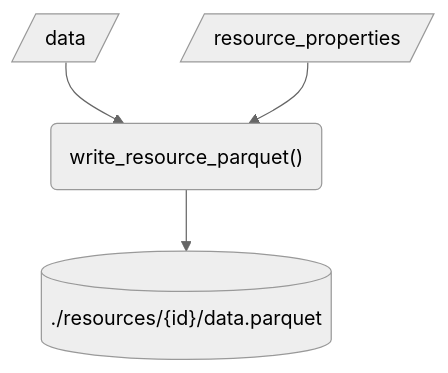
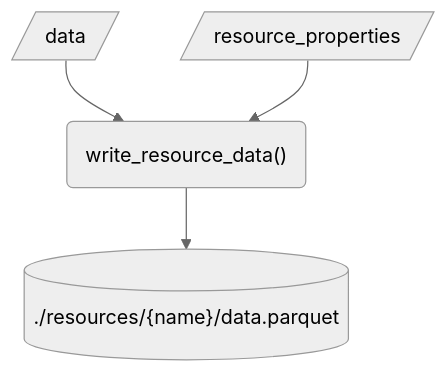
One commit to signekb/seedcase-sprout changed the eighth of 16 diagrams in docs/design/interface/functions.qmd. Above: the diagram before and after it, drawn with Mermaid (neutral theme). The commit also changed other lines of this file and 1 other file, not shown here.

First line of the commit message:
docs: :building_construction: update resource interface design from flow (#1166)

````diff
--- a/docs/design/interface/functions.qmd
+++ b/docs/design/interface/functions.qmd
@@ -170,10 +176,10 @@
 ```{mermaid}
 flowchart
     in_data[/data/]
     in_properties[/resource_properties/]
-    function("write_resource_parquet()")
-    out[("./resources/{id}/data.parquet")]
+    function("write_resource_data()")
+    out[("./resources/{name}/data.parquet")]
     in_data --> function
     in_properties --> function
     function --> out
 ```
````
